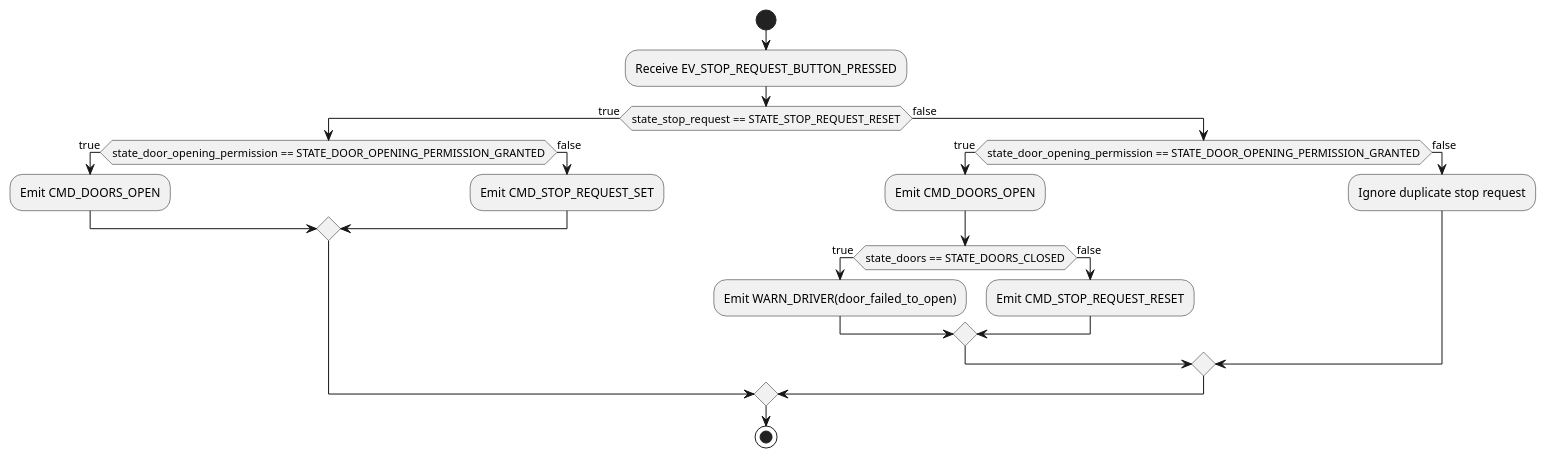
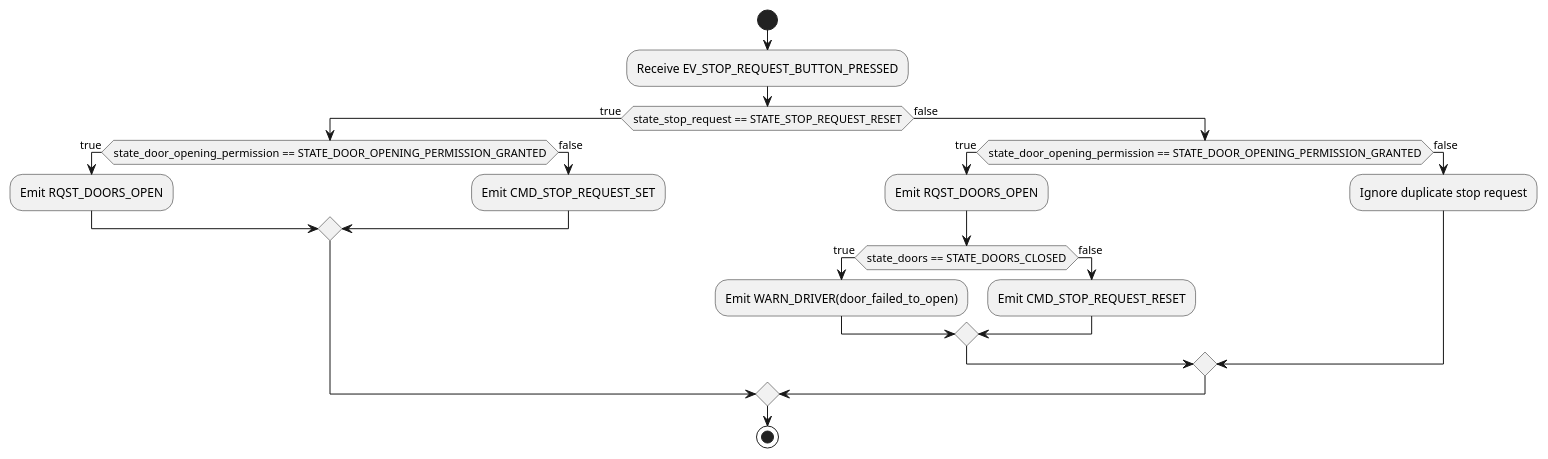
One commit to paetzholdt/CANRepo changed the diagram in docs/activity_diagrams/node-door-controller/stop_request_supervisor_activity.puml. Above: the diagram before and after it, drawn with PlantUML. The commit also changed 3 other files, not shown here.

Commit message:
add door supervisor actitivity diagram, refactor door fsm and replace door command in stop request with door request

```diff
--- a/docs/activity_diagrams/node-door-controller/stop_request_supervisor_activity.puml
+++ b/docs/activity_diagrams/node-door-controller/stop_request_supervisor_activity.puml
@@ -1,42 +1,42 @@
 @startuml stop_request_supervisor_activity
 
 start
 
 :Receive EV_STOP_REQUEST_BUTTON_PRESSED;
 
 if (state_stop_request == STATE_STOP_REQUEST_RESET) then (true) 
     if (state_door_opening_permission == STATE_DOOR_OPENING_PERMISSION_GRANTED) then (true)
-        :Emit CMD_DOORS_OPEN;
+        :Emit RQST_DOORS_OPEN;
 
     else (false)
         :Emit CMD_STOP_REQUEST_SET;
     
     endif
 
 else (false)
     if (state_door_opening_permission == STATE_DOOR_OPENING_PERMISSION_GRANTED) then (true)
-        :Emit CMD_DOORS_OPEN;
+        :Emit RQST_DOORS_OPEN;
 
         ' TODO:
         ' Door opening is asynchronous
-        ' state_doors shall not be evaluated immediately after emitting CMD_DOORS_OPEN
+        ' state_doors shall not be evaluated immediately after emitting RQST_DOORS_OPEN
         ' Future improvement: introduction of separate asynchronous door supervision (e.g. EV_DOOR_OPEN_TIMEOUT)
         if (state_doors == STATE_DOORS_CLOSED) then (true)
             :Emit WARN_DRIVER(door_failed_to_open);
 
         else (false)
             :Emit CMD_STOP_REQUEST_RESET;
         
         endif
     
     else (false)
         :Ignore duplicate stop request;
     
     endif
 
 endif
 
 stop
 
 
 @enduml
```
